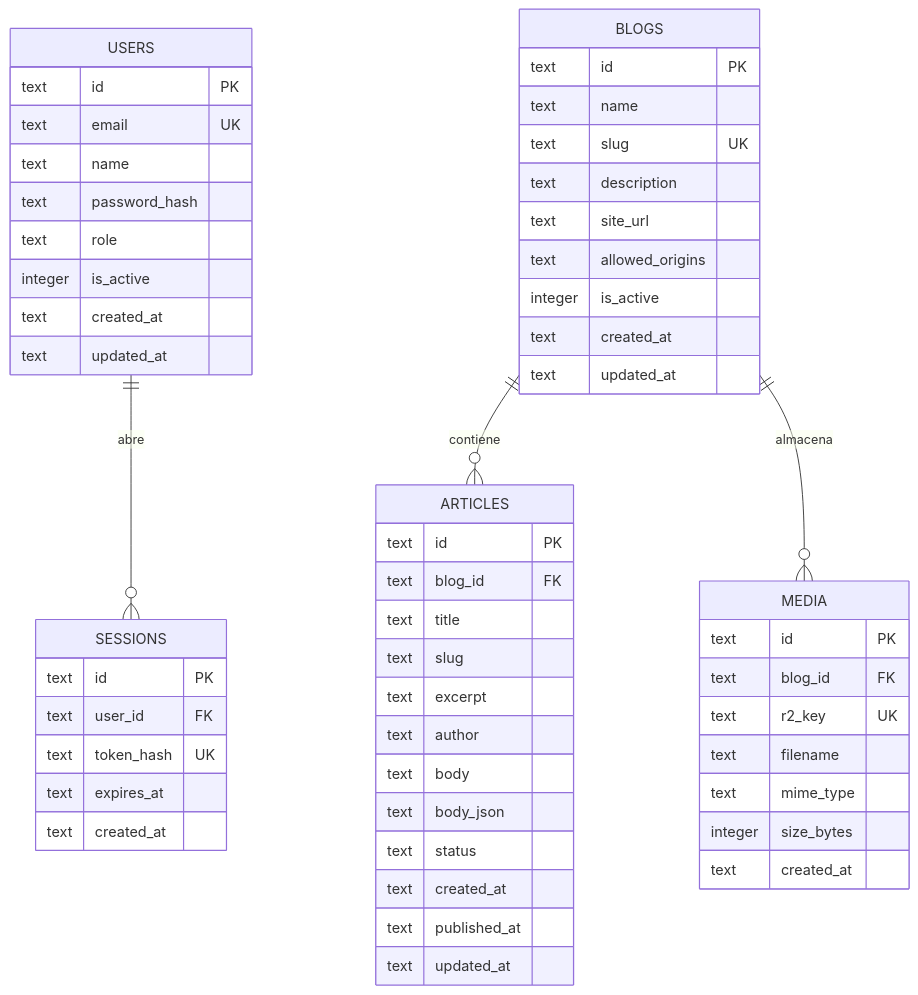
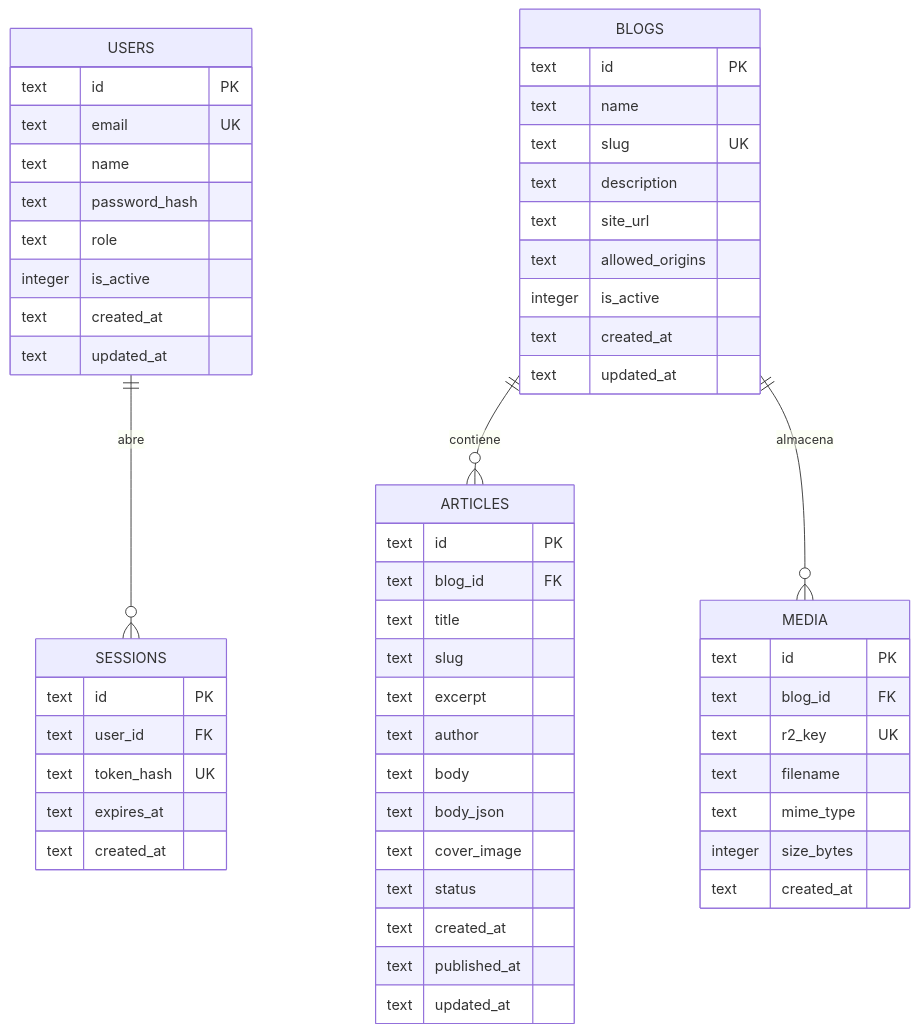
One commit to danieluruena/blog-manager changed the second of 2 diagrams in docs/ARQUITECTURA.md. Above: the diagram before and after it, drawn with Mermaid. The commit also changed other lines of this file and 25 other files, not shown here.

First line of the commit message:
feat: add article cover image

````diff
--- a/docs/ARQUITECTURA.md
+++ b/docs/ARQUITECTURA.md
@@ -184,62 +184,63 @@
 ```mermaid
 erDiagram
     USERS ||--o{ SESSIONS : "abre"
     BLOGS ||--o{ ARTICLES : "contiene"
     BLOGS ||--o{ MEDIA : "almacena"
 
     USERS {
         text id PK
         text email UK
         text name
         text password_hash
         text role
         integer is_active
         text created_at
         text updated_at
     }
 
     SESSIONS {
         text id PK
         text user_id FK
         text token_hash UK
         text expires_at
         text created_at
     }
 
     BLOGS {
         text id PK
         text name
         text slug UK
         text description
         text site_url
         text allowed_origins
         integer is_active
         text created_at
         text updated_at
     }
 
     ARTICLES {
         text id PK
         text blog_id FK
         text title
         text slug
         text excerpt
         text author
         text body
         text body_json
+        text cover_image
         text status
         text created_at
         text published_at
         text updated_at
     }
 
     MEDIA {
         text id PK
         text blog_id FK
         text r2_key UK
         text filename
         text mime_type
         integer size_bytes
         text created_at
     }
 ```
````
